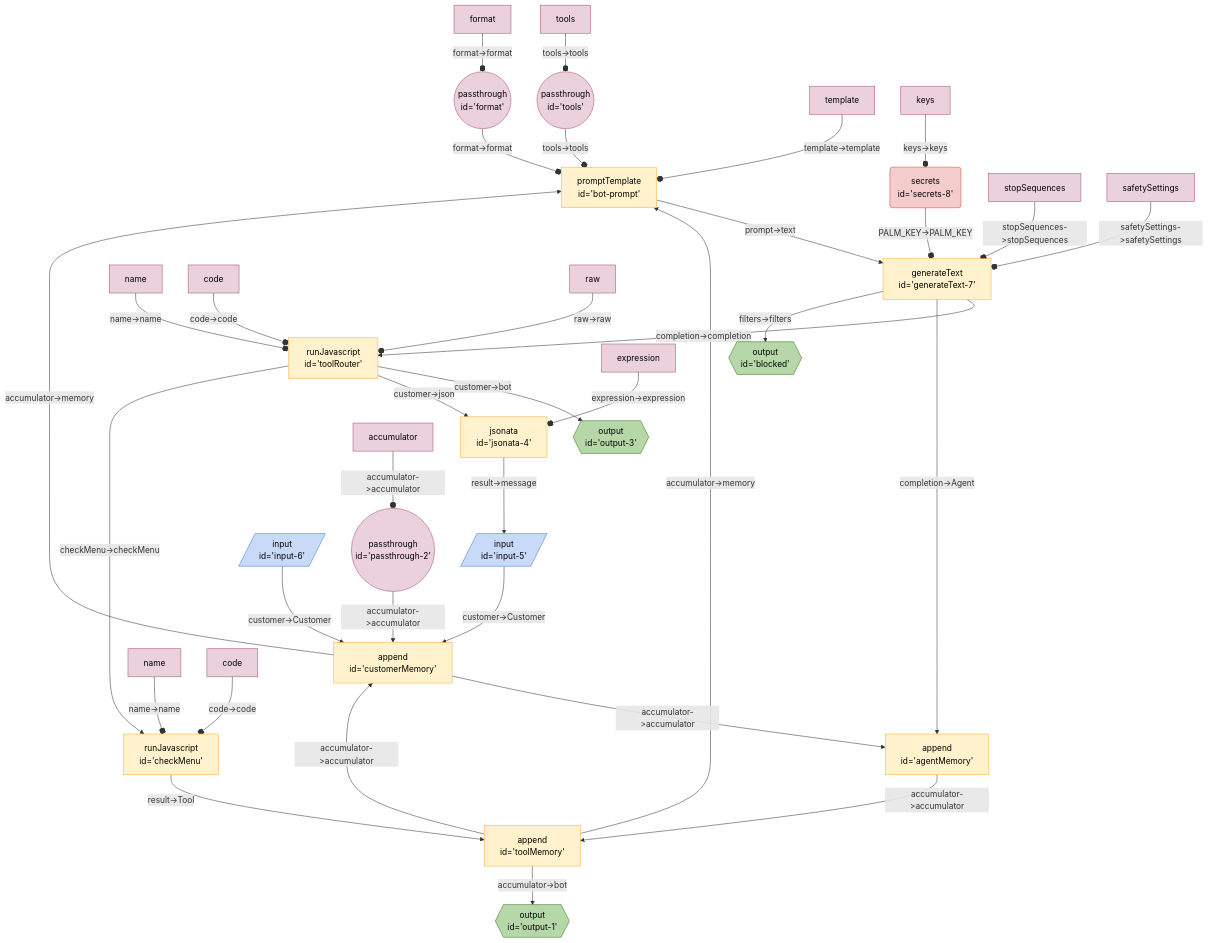
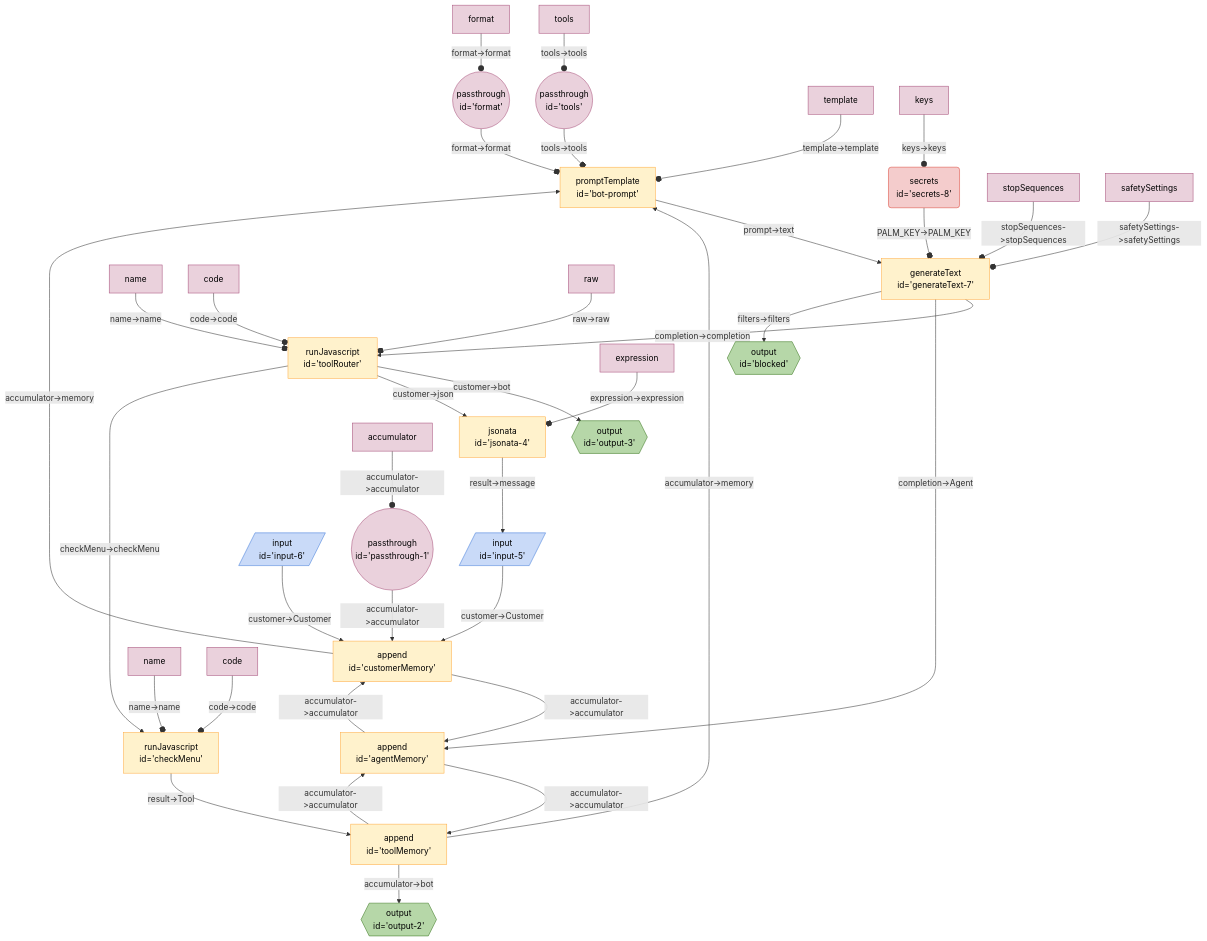
One commit to breadboard-ai/breadboard changed the diagram in seeds/coffe-bot-board/docs/coffee-bot-v2.md. Above: the diagram before and after it, drawn with Mermaid. The commit also changed 2 other files, not shown here.

Commit message:
[coffee-bot-board] Wire v2 memory.

````diff
--- a/seeds/coffe-bot-board/docs/coffee-bot-v2.md
+++ b/seeds/coffe-bot-board/docs/coffee-bot-v2.md
@@ -3,46 +3,47 @@
 ```mermaid
 %%{init: 'themeVariables': { 'fontFamily': 'Fira Code, monospace' }}%%
 graph TD;
 tools(("passthrough <br> id='tools'")):::passthrough -- "tools->tools" --o botprompt["promptTemplate <br> id='bot-prompt'"]
 format(("passthrough <br> id='format'")):::passthrough -- "format->format" --o botprompt["promptTemplate <br> id='bot-prompt'"]
-toolMemory["append <br> id='toolMemory'"] -- "accumulator->bot" --> output1{{"output <br> id='output-1'"}}:::output
+passthrough1(("passthrough <br> id='passthrough-1'")):::passthrough -- "accumulator->accumulator" --> customerMemory["append <br> id='customerMemory'"]
+customerMemory["append <br> id='customerMemory'"] -- "accumulator->accumulator" --> agentMemory["append <br> id='agentMemory'"]
 agentMemory["append <br> id='agentMemory'"] -- "accumulator->accumulator" --> toolMemory["append <br> id='toolMemory'"]
-passthrough2(("passthrough <br> id='passthrough-2'")):::passthrough -- "accumulator->accumulator" --> customerMemory["append <br> id='customerMemory'"]
-customerMemory["append <br> id='customerMemory'"] -- "accumulator->accumulator" --> agentMemory["append <br> id='agentMemory'"]
-toolMemory["append <br> id='toolMemory'"] -- "accumulator->accumulator" --> customerMemory["append <br> id='customerMemory'"]
+agentMemory["append <br> id='agentMemory'"] -- "accumulator->accumulator" --> customerMemory["append <br> id='customerMemory'"]
+toolMemory["append <br> id='toolMemory'"] -- "accumulator->accumulator" --> agentMemory["append <br> id='agentMemory'"]
+toolMemory["append <br> id='toolMemory'"] -- "accumulator->bot" --> output2{{"output <br> id='output-2'"}}:::output
 customerMemory["append <br> id='customerMemory'"] -- "accumulator->memory" --> botprompt["promptTemplate <br> id='bot-prompt'"]
 toolMemory["append <br> id='toolMemory'"] -- "accumulator->memory" --> botprompt["promptTemplate <br> id='bot-prompt'"]
 checkMenu["runJavascript <br> id='checkMenu'"] -- "result->Tool" --> toolMemory["append <br> id='toolMemory'"]
 toolRouter["runJavascript <br> id='toolRouter'"] -- "customer->bot" --> output3{{"output <br> id='output-3'"}}:::output
 input5[/"input <br> id='input-5'"/]:::input -- "customer->Customer" --> customerMemory["append <br> id='customerMemory'"]
 jsonata4["jsonata <br> id='jsonata-4'"] -- "result->message" --> input5[/"input <br> id='input-5'"/]:::input
 toolRouter["runJavascript <br> id='toolRouter'"] -- "customer->json" --> jsonata4["jsonata <br> id='jsonata-4'"]
 toolRouter["runJavascript <br> id='toolRouter'"] -- "checkMenu->checkMenu" --> checkMenu["runJavascript <br> id='checkMenu'"]
 input6[/"input <br> id='input-6'"/]:::input -- "customer->Customer" --> customerMemory["append <br> id='customerMemory'"]
 generateText7["generateText <br> id='generateText-7'"] -- "completion->completion" --> toolRouter["runJavascript <br> id='toolRouter'"]
 generateText7["generateText <br> id='generateText-7'"] -- "completion->Agent" --> agentMemory["append <br> id='agentMemory'"]
 generateText7["generateText <br> id='generateText-7'"] -- "filters->filters" --> blocked{{"output <br> id='blocked'"}}:::output
 secrets8("secrets <br> id='secrets-8'"):::secrets -- "PALM_KEY->PALM_KEY" --o generateText7["generateText <br> id='generateText-7'"]
 botprompt["promptTemplate <br> id='bot-prompt'"] -- "prompt->text" --> generateText7["generateText <br> id='generateText-7'"]
 templatebotprompt[template]:::config -- "template->template" --o botprompt
 toolstools[tools]:::config -- "tools->tools" --o tools
 formatformat[format]:::config -- "format->format" --o format
-accumulatorpassthrough2[accumulator]:::config -- "accumulator->accumulator" --o passthrough2
+accumulatorpassthrough1[accumulator]:::config -- "accumulator->accumulator" --o passthrough1
 namecheckMenu[name]:::config -- "name->name" --o checkMenu
 codecheckMenu[code]:::config -- "code->code" --o checkMenu
 nametoolRouter[name]:::config -- "name->name" --o toolRouter
 codetoolRouter[code]:::config -- "code->code" --o toolRouter
 rawtoolRouter[raw]:::config -- "raw->raw" --o toolRouter
 expressionjsonata4[expression]:::config -- "expression->expression" --o jsonata4
 stopSequencesgenerateText7[stopSequences]:::config -- "stopSequences->stopSequences" --o generateText7
 safetySettingsgenerateText7[safetySettings]:::config -- "safetySettings->safetySettings" --o generateText7
 keyssecrets8[keys]:::config -- "keys->keys" --o secrets8
 classDef default stroke:#ffab40,fill:#fff2ccff,color:#000
 classDef input stroke:#3c78d8,fill:#c9daf8ff,color:#000
 classDef output stroke:#38761d,fill:#b6d7a8ff,color:#000
 classDef passthrough stroke:#a64d79,fill:#ead1dcff,color:#000
 classDef slot stroke:#a64d79,fill:#ead1dcff,color:#000
 classDef config stroke:#a64d79,fill:#ead1dcff,color:#000
 classDef secrets stroke:#db4437,fill:#f4cccc,color:#000
 classDef slotted stroke:#a64d79
 ```
````
